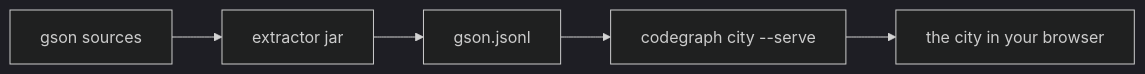
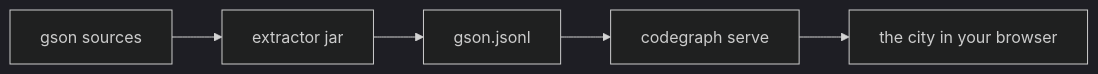
One commit to defsquare/codegraph changed the diagram in website/content/docs/tutorials/first-city.md. Above: the diagram before and after it, drawn with Mermaid (dark theme). The commit also changed other lines of this file and 26 other files, not shown here.

First line of the commit message:
docs(website): describe codegraph serve

````diff
--- a/website/content/docs/tutorials/first-city.md
+++ b/website/content/docs/tutorials/first-city.md
@@ -24,7 +24,7 @@
 ```mermaid
 flowchart LR
   A[gson sources] --> B[extractor jar]
   B --> C[gson.jsonl]
-  C --> D[codegraph city --serve]
+  C --> D[codegraph serve]
   D --> E[the city in your browser]
 ```
````
